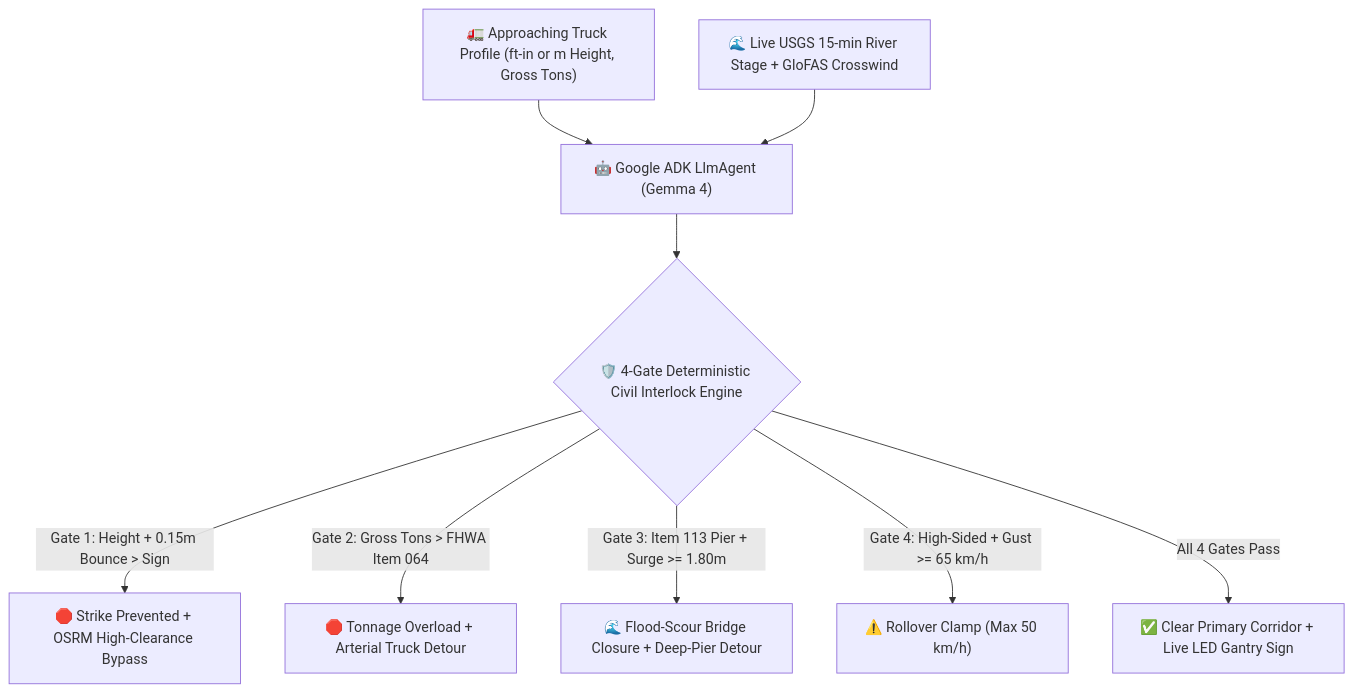
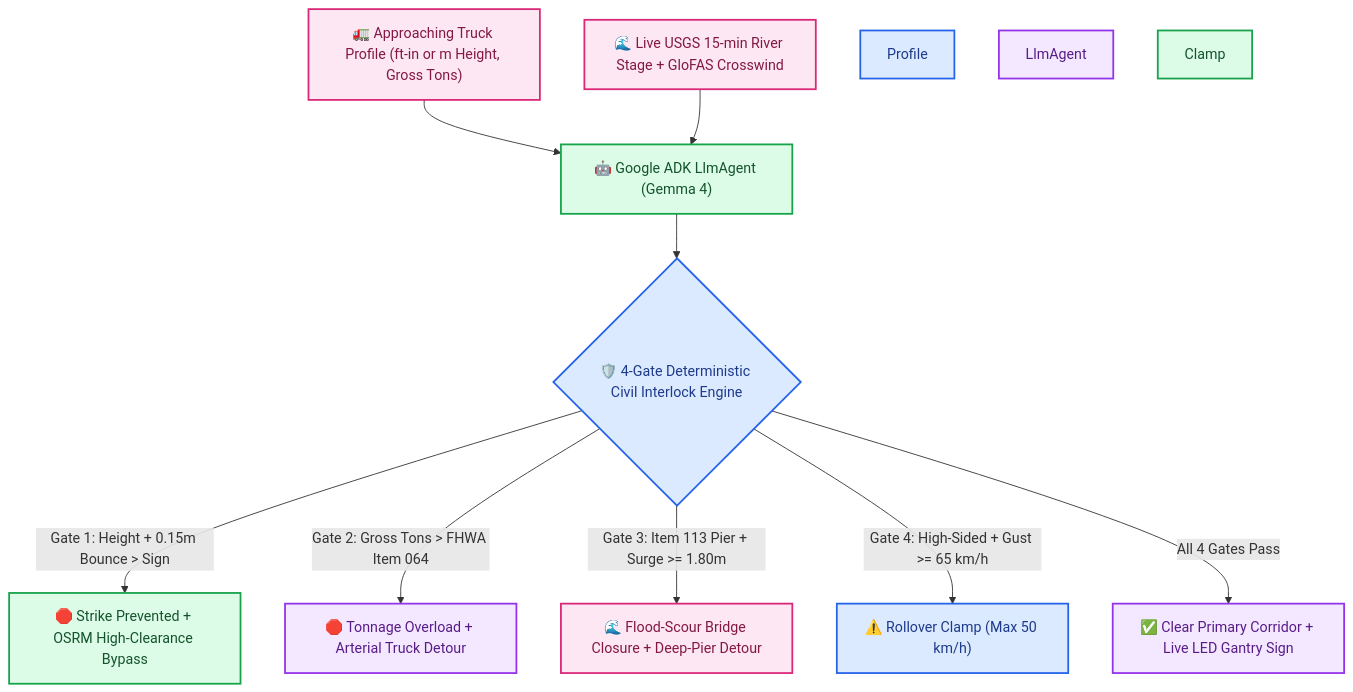
The diagram in README.md (RobinaMirbahar/bridgespan-ai), drawn with Mermaid before and after one commit. The commit also changed other lines of this file, not shown here.

Commit message:
docs: add 3-line Author & Companion Publication header, color-coded Mermaid diagram, and remove repetitive footer

````diff
--- a/README.md
+++ b/README.md
@@ -40,11 +43,23 @@
 ```mermaid
 flowchart TD
     A["🚛 Approaching Truck Profile (ft-in or m Height, Gross Tons)"] --> B["🤖 Google ADK LlmAgent (Gemma 4)"]
     H["🌊 Live USGS 15-min River Stage + GloFAS Crosswind"] --> B
     B --> C{"🛡️ 4-Gate Deterministic Civil Interlock Engine"}
     C -->|"Gate 1: Height + 0.15m Bounce > Sign"| D["🛑 Strike Prevented + OSRM High-Clearance Bypass"]
     C -->|"Gate 2: Gross Tons > FHWA Item 064"| E["🛑 Tonnage Overload + Arterial Truck Detour"]
     C -->|"Gate 3: Item 113 Pier + Surge >= 1.80m"| F["🌊 Flood-Scour Bridge Closure + Deep-Pier Detour"]
     C -->|"Gate 4: High-Sided + Gust >= 65 km/h"| G["⚠️ Rollover Clamp (Max 50 km/h)"]
     C -->|"All 4 Gates Pass"| I["✅ Clear Primary Corridor + Live LED Gantry Sign"]
+    style A fill:#fce7f3,stroke:#db2777,stroke-width:2px,color:#831843
+    style Profile fill:#dbeafe,stroke:#2563eb,stroke-width:2px,color:#1e3a8a
+    style B fill:#dcfce7,stroke:#16a34a,stroke-width:2px,color:#14532d
+    style LlmAgent fill:#f3e8ff,stroke:#9333ea,stroke-width:2px,color:#581c87
+    style H fill:#fce7f3,stroke:#db2777,stroke-width:2px,color:#831843
+    style C fill:#dbeafe,stroke:#2563eb,stroke-width:2px,color:#1e3a8a
+    style D fill:#dcfce7,stroke:#16a34a,stroke-width:2px,color:#14532d
+    style E fill:#f3e8ff,stroke:#9333ea,stroke-width:2px,color:#581c87
+    style F fill:#fce7f3,stroke:#db2777,stroke-width:2px,color:#831843
+    style G fill:#dbeafe,stroke:#2563eb,stroke-width:2px,color:#1e3a8a
+    style Clamp fill:#dcfce7,stroke:#16a34a,stroke-width:2px,color:#14532d
+    style I fill:#f3e8ff,stroke:#9333ea,stroke-width:2px,color:#581c87
 ```
````
